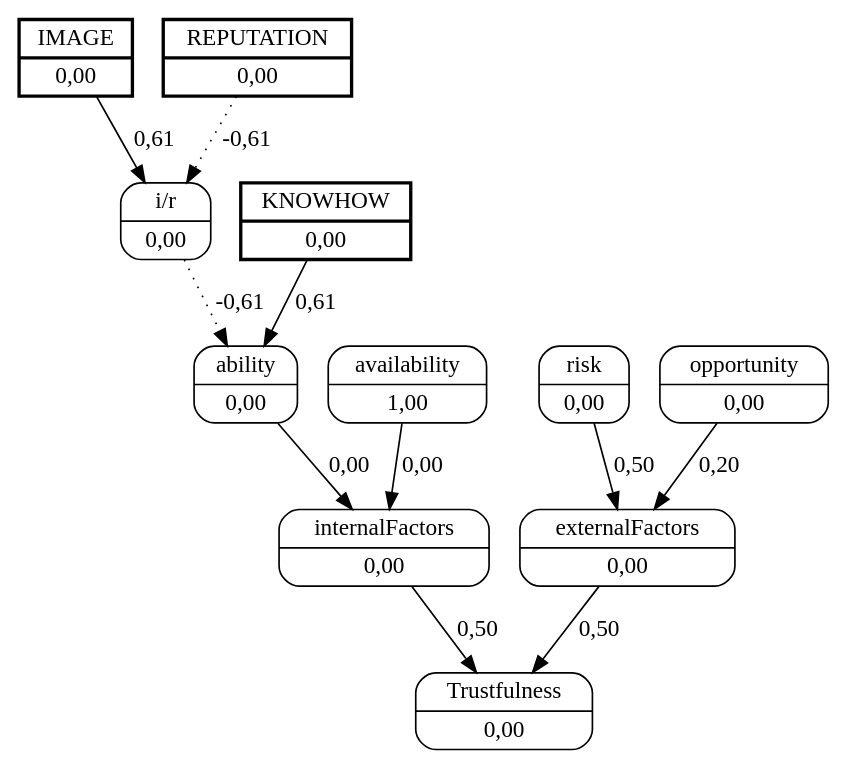
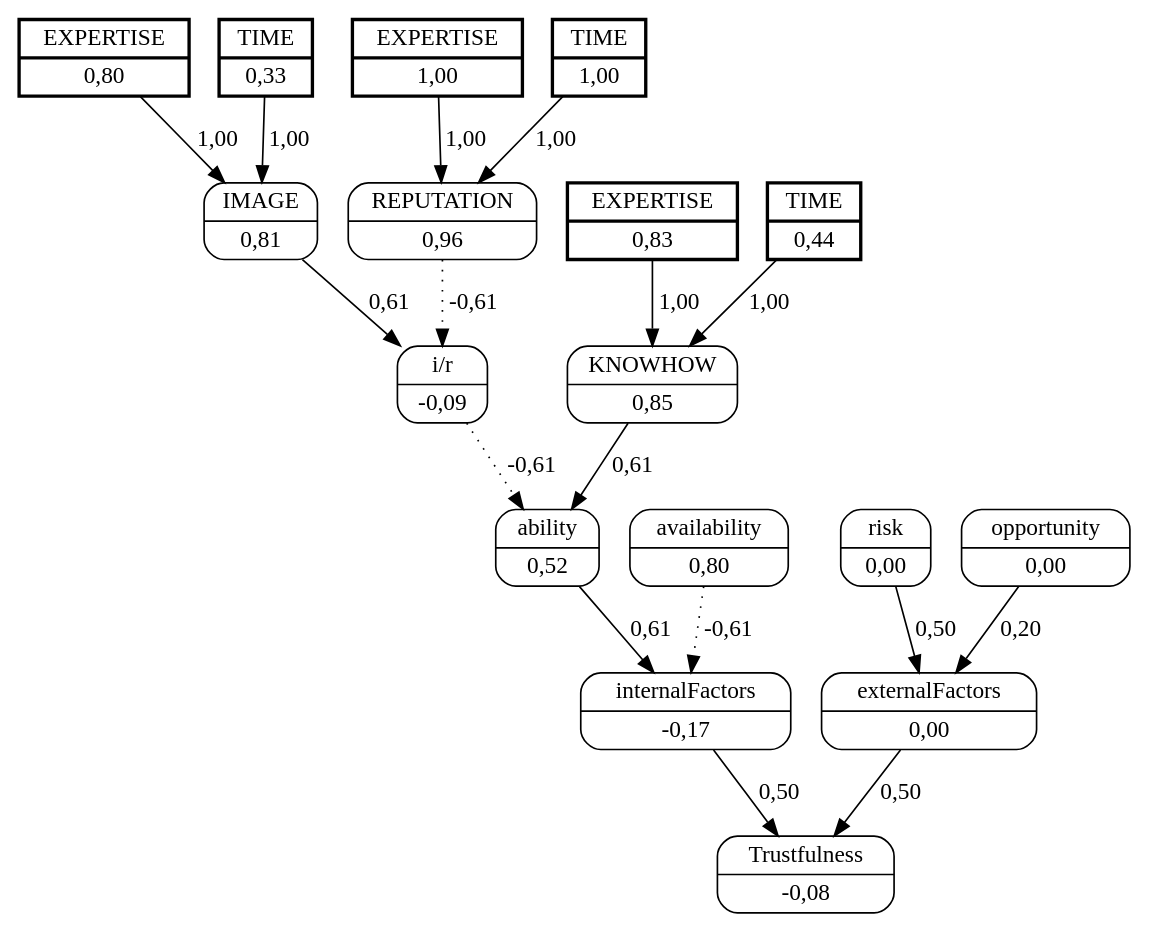
The diagram in unload_boxes/dots/worker_1helper_6.dot (jjbaqueta/unload_experiment), drawn with Graphviz before and after one commit. The commit also changed 92 other files, not shown here.

```diff
--- a/unload_boxes/dots/worker_1helper_6.dot
+++ b/unload_boxes/dots/worker_1helper_6.dot
@@ -1,25 +1,38 @@
 digraph FCM_net{
 	node [shape=record, style=rounded]
-	0 [label="{IMAGE | 0,00}", style=bold, penwidth=2, peripheries=2];
-	1 [label="{REPUTATION | 0,00}", style=bold, penwidth=2, peripheries=2];
-	2 [label="{KNOWHOW | 0,00}", style=bold, penwidth=2, peripheries=2];
-	0 [label="{IMAGE | 0,00}"];
-	3 [label="{i/r | 0,00}"];
-	4 [label="{ability | 0,00}"];
-	5 [label="{availability | 1,00}"];
-	6 [label="{internalFactors | 0,00}"];
+	11 [label="{EXPERTISE | 0,80}", style=bold, penwidth=2, peripheries=2];
+	12 [label="{TIME | 0,33}", style=bold, penwidth=2, peripheries=2];
+	13 [label="{EXPERTISE | 1,00}", style=bold, penwidth=2, peripheries=2];
+	14 [label="{TIME | 1,00}", style=bold, penwidth=2, peripheries=2];
+	15 [label="{EXPERTISE | 0,83}", style=bold, penwidth=2, peripheries=2];
+	16 [label="{TIME | 0,44}", style=bold, penwidth=2, peripheries=2];
+	0 [label="{IMAGE | 0,81}"];
+	1 [label="{REPUTATION | 0,96}"];
+	2 [label="{KNOWHOW | 0,85}"];
+	3 [label="{i/r | -0,09}"];
+	4 [label="{ability | 0,52}"];
+	5 [label="{availability | 0,80}"];
+	6 [label="{internalFactors | -0,17}"];
 	7 [label="{risk | 0,00}"];
 	8 [label="{opportunity | 0,00}"];
 	9 [label="{externalFactors | 0,00}"];
-	10 [label="{Trustfulness | 0,00}"];
+	10 [label="{Trustfulness | -0,08}"];
+	11 [label="{EXPERTISE | 0,80}"];
+	13 [label="{EXPERTISE | 1,00}"];
 	0 -> 3 [label = "0,61"];
 	1 -> 3 [label = "-0,61", style=dotted];
 	3 -> 4 [label = "-0,61", style=dotted];
 	2 -> 4 [label = "0,61"];
-	4 -> 6 [label = "0,00"];
-	5 -> 6 [label = "0,00"];
+	4 -> 6 [label = "0,61"];
+	5 -> 6 [label = "-0,61", style=dotted];
 	6 -> 10 [label = "0,50"];
 	7 -> 9 [label = "0,50"];
 	8 -> 9 [label = "0,20"];
 	9 -> 10 [label = "0,50"];
+	11 -> 0 [label = "1,00"];
+	12 -> 0 [label = "1,00"];
+	13 -> 1 [label = "1,00"];
+	14 -> 1 [label = "1,00"];
+	15 -> 2 [label = "1,00"];
+	16 -> 2 [label = "1,00"];
 }
```
